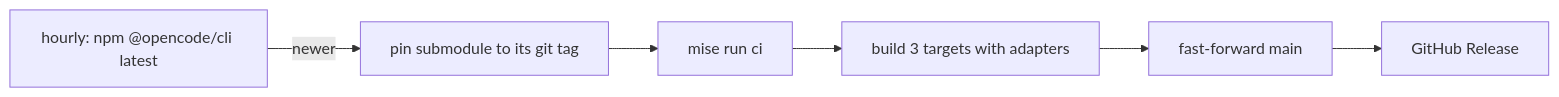
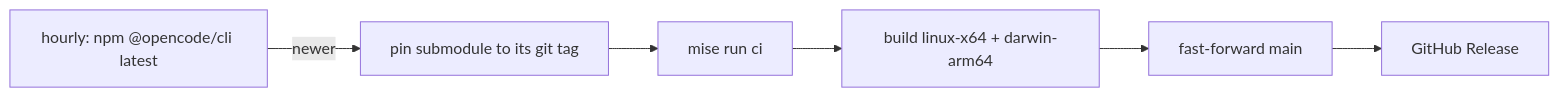
One commit to qihang-zhang/fixed-opencode-v2 changed the diagram in README.md. Above: the diagram before and after it, drawn with Mermaid. The commit also changed other lines of this file and 2 other files, not shown here.

Commit message:
chore: build macOS for Apple silicon only

````diff
--- a/README.md
+++ b/README.md
@@ -56,8 +56,8 @@
 ```mermaid
 flowchart LR
   A[hourly: npm @opencode/cli latest] -->|newer| B[pin submodule to its git tag]
   B --> C[mise run ci]
-  C --> D[build 3 targets with adapters]
+  C --> D[build linux-x64 + darwin-arm64]
   D --> E[fast-forward main]
   E --> F[GitHub Release]
 ```
````
